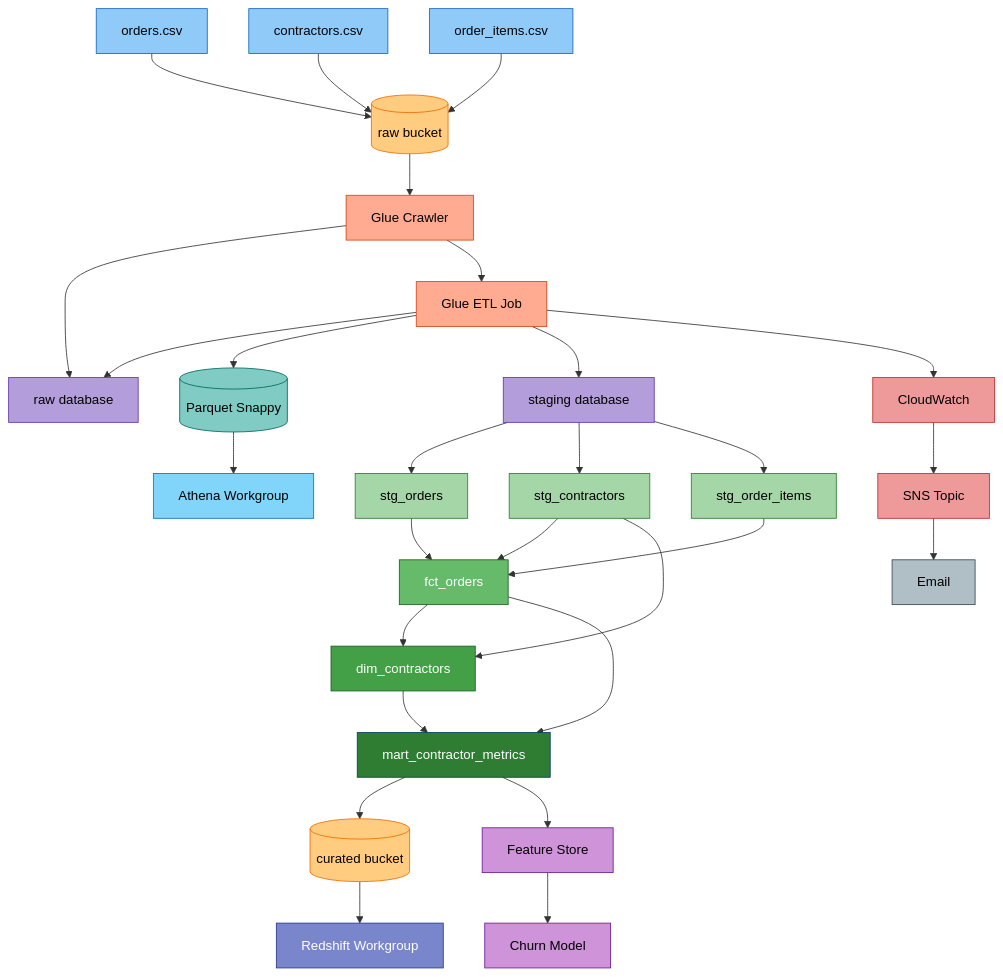
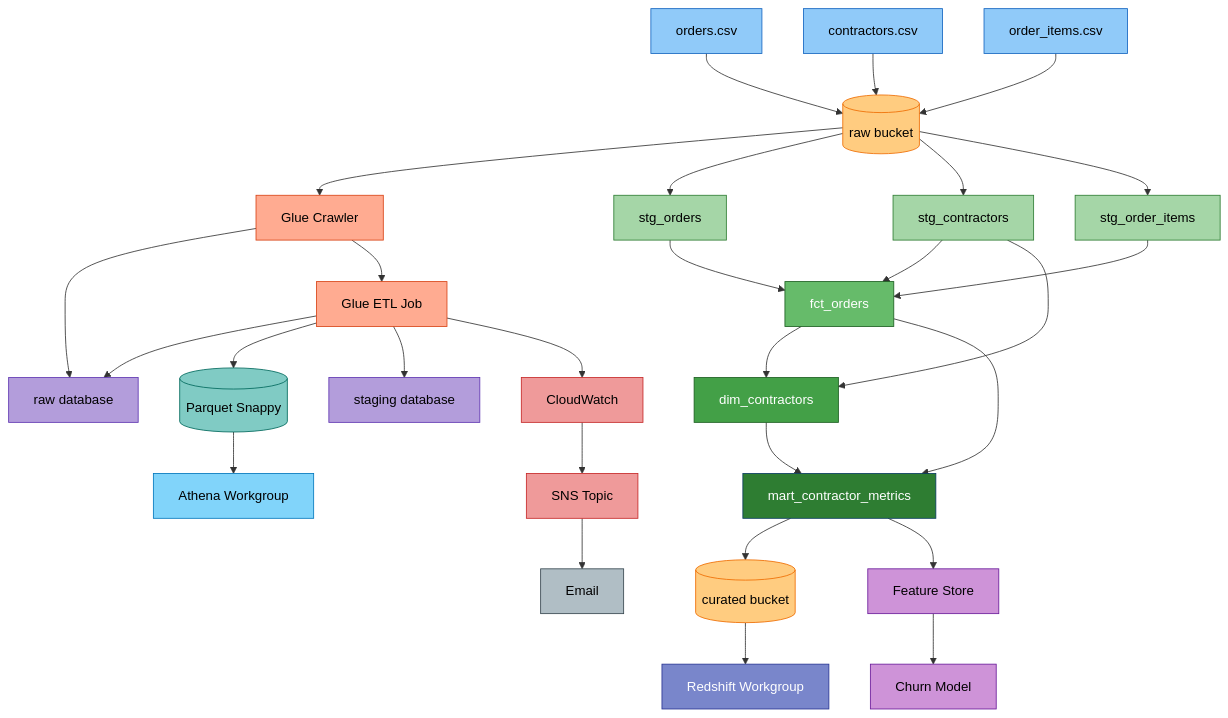
Before and after one commit to Vld-Msh/remarcable-data-pipeline: the diagram in assets/pipeline_diagram.mmd, drawn with Mermaid. The commit also changed 2 other files, not shown here.

```diff
--- a/assets/pipeline_diagram.mmd
+++ b/assets/pipeline_diagram.mmd
@@ -1,68 +1,68 @@
 flowchart TD
 
   CSV1[orders.csv]:::csv
   CSV2[contractors.csv]:::csv
   CSV3[order_items.csv]:::csv
   R1[(raw bucket)]:::s3raw
   CR[Glue Crawler]:::glue
   ETL[Glue ETL Job]:::glue
   GC1[raw database]:::catalog
   GC2[staging database]:::catalog
   S1[(Parquet Snappy)]:::parquet
   ATH[Athena Workgroup]:::athena
   STG1[stg_orders]:::stg
   STG2[stg_contractors]:::stg
   STG3[stg_order_items]:::stg
   FCT[fct_orders]:::fct
   DIM[dim_contractors]:::dim
   MART[mart_contractor_metrics]:::mart
   C1[(curated bucket)]:::s3raw
   RED[Redshift Workgroup]:::redshift
   FS[Feature Store]:::ml
   SM[Churn Model]:::ml
   CW[CloudWatch]:::alert
   SNS[SNS Topic]:::alert
   EMAIL[Email]:::email
 
   CSV1 --> R1
   CSV2 --> R1
   CSV3 --> R1
   R1 --> CR
   CR --> GC1
   CR --> ETL
   ETL --> GC1
   ETL --> S1
   ETL --> GC2
   S1 --> ATH
-  GC2 --> STG1
-  GC2 --> STG2
-  GC2 --> STG3
+  R1 --> STG1
+  R1 --> STG2
+  R1 --> STG3
   STG1 --> FCT
   STG2 --> FCT
   STG3 --> FCT
   STG2 --> DIM
   FCT --> DIM
   FCT --> MART
   DIM --> MART
   MART --> C1
   C1 --> RED
   MART --> FS
   FS --> SM
   ETL --> CW
   CW --> SNS
   SNS --> EMAIL
 
   classDef csv      fill:#90caf9,stroke:#1565c0,color:#000
   classDef s3raw    fill:#ffcc80,stroke:#ef6c00,color:#000
   classDef glue     fill:#ffab91,stroke:#d84315,color:#000
   classDef catalog  fill:#b39ddb,stroke:#5e35b1,color:#000
   classDef parquet  fill:#80cbc4,stroke:#00695c,color:#000
   classDef athena   fill:#81d4fa,stroke:#0277bd,color:#000
   classDef stg      fill:#a5d6a7,stroke:#2e7d32,color:#000
   classDef fct      fill:#66bb6a,stroke:#1b5e20,color:#fff
   classDef dim      fill:#43a047,stroke:#1b5e20,color:#fff
   classDef mart     fill:#2e7d32,stroke:#0a3d62,color:#fff
   classDef redshift fill:#7986cb,stroke:#283593,color:#fff
   classDef ml       fill:#ce93d8,stroke:#6a1b9a,color:#000
   classDef alert    fill:#ef9a9a,stroke:#c62828,color:#000
   classDef email    fill:#b0bec5,stroke:#37474f,color:#000
```
